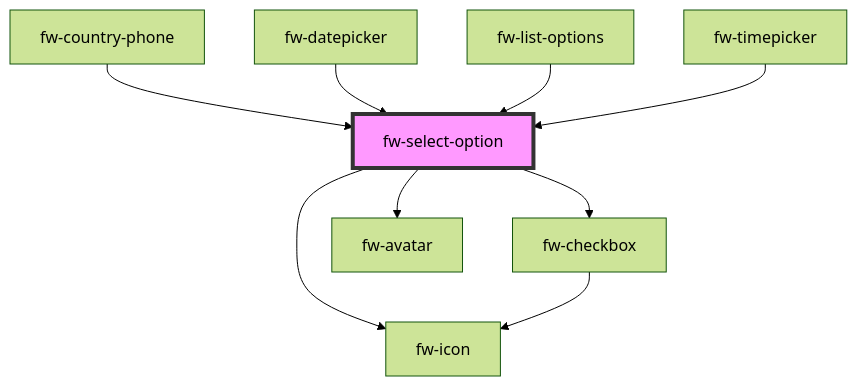
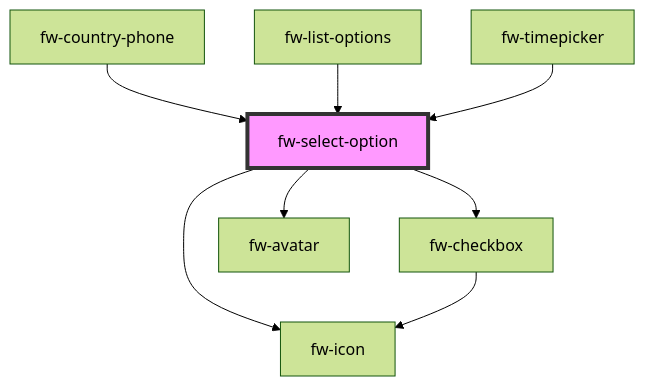
Before and after one commit to freshworks/crayons: the diagram in packages/crayons-core/src/components/select-option/readme.md, drawn with Mermaid (forest theme). The commit also changed other lines of this file and 4 other files, not shown here.

````diff
--- a/packages/crayons-core/src/components/select-option/readme.md
+++ b/packages/crayons-core/src/components/select-option/readme.md
@@ -165,12 +164,11 @@
 ```mermaid
 graph TD;
   fw-select-option --> fw-icon
   fw-select-option --> fw-checkbox
   fw-select-option --> fw-avatar
   fw-checkbox --> fw-icon
   fw-country-phone --> fw-select-option
-  fw-datepicker --> fw-select-option
   fw-list-options --> fw-select-option
   fw-timepicker --> fw-select-option
   style fw-select-option fill:#f9f,stroke:#333,stroke-width:4px
 ```
````
